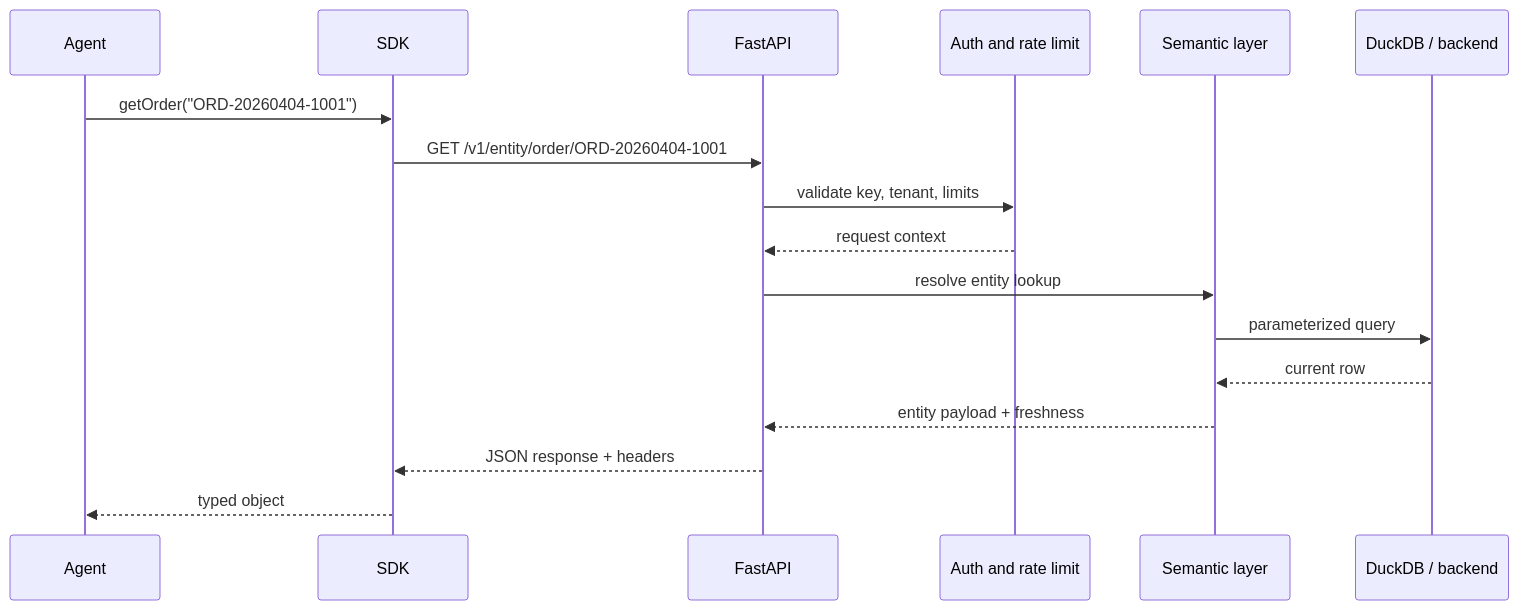
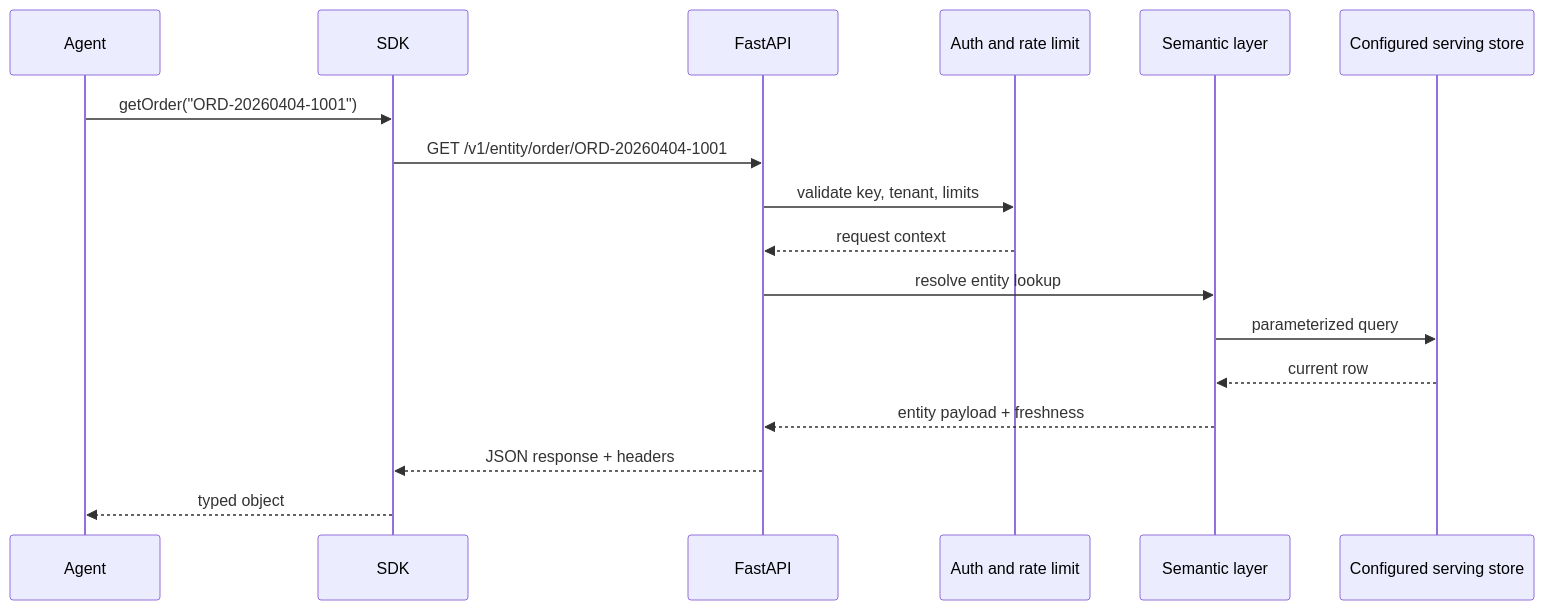
The fourth of 5 diagrams in docs/architecture/index.md (brownjuly2003-code/agentflow), drawn with Mermaid before and after one commit. The commit also changed other lines of this file and 3 other files, not shown here.

Commit message:
docs: separate architecture walkthrough and reference

````diff
--- a/docs/architecture/index.md
+++ b/docs/architecture/index.md
@@ -99,20 +113,20 @@
 ```mermaid
 sequenceDiagram
     participant Agent
     participant SDK
     participant API as FastAPI
     participant Auth as Auth and rate limit
     participant Semantic as Semantic layer
-    participant Store as DuckDB / backend
+    participant Store as Configured serving store
 
     Agent->>SDK: getOrder("ORD-20260404-1001")
     SDK->>API: GET /v1/entity/order/ORD-20260404-1001
     API->>Auth: validate key, tenant, limits
     Auth-->>API: request context
     API->>Semantic: resolve entity lookup
     Semantic->>Store: parameterized query
     Store-->>Semantic: current row
     Semantic-->>API: entity payload + freshness
     API-->>SDK: JSON response + headers
     SDK-->>Agent: typed object
 ```
````
